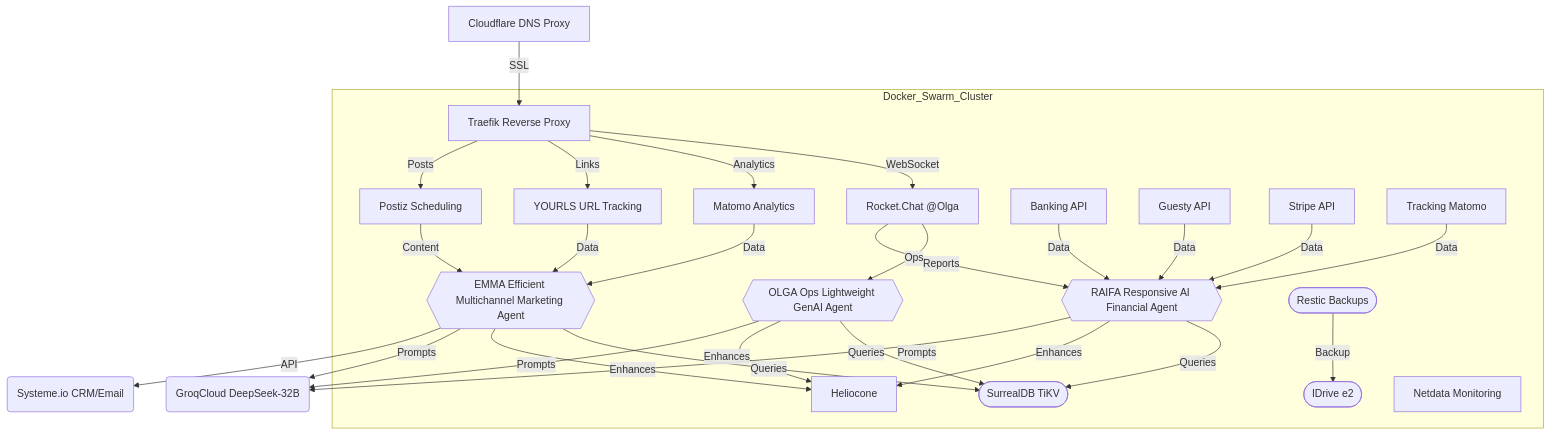
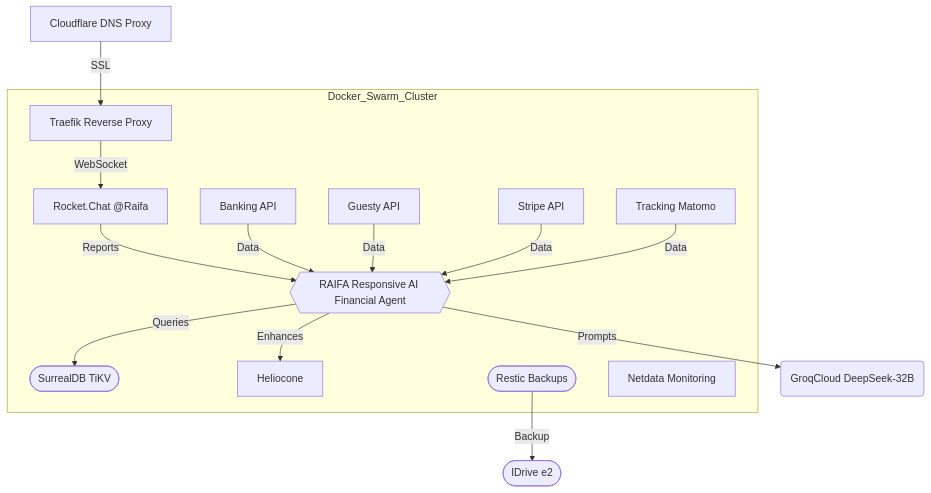
Before and after one commit to deepbrainspace/deepbrain-stack: the fourth of 4 diagrams in projects/bnb/v6-b.md, drawn with Mermaid. The commit also changed other lines of this file, not shown here.

````diff
--- a/projects/bnb/v6-b.md
+++ b/projects/bnb/v6-b.md
@@ -96,31 +93,18 @@
 ```mermaid
 flowchart TD
     U[Cloudflare DNS Proxy] -->|SSL| E[Traefik Reverse Proxy]
     subgraph Docker_Swarm_Cluster
-        E -->|WebSocket| A[Rocket.Chat @Olga]
-        A -->|Ops| B{{OLGA Ops Lightweight GenAI Agent}}
-        B -->|Queries| C([SurrealDB TiKV])
-        E -->|Analytics| G[Matomo Analytics]
-        E -->|Links| I[YOURLS URL Tracking]
-        E -->|Posts| J[Postiz Scheduling]
-        G -->|Data| H{{EMMA Efficient Multichannel Marketing Agent}}
-        I -->|Data| H
-        J -->|Content| H
-        H -->|Queries| C
+        E -->|WebSocket| A[Rocket.Chat @Raifa]
         A -->|Reports| L{{RAIFA Responsive AI Financial Agent}}
-        L -->|Queries| C
+        L -->|Queries| C([SurrealDB TiKV])
         M[Banking API] -->|Data| L
         N[Guesty API] -->|Data| L
         O[Stripe API] -->|Data| L
         P[Tracking Matomo] -->|Data| L
-        B -->|Enhances| F[Heliocone]
-        H -->|Enhances| F
-        L -->|Enhances| F
-        R([Restic Backups]) -->|Backup| Q([IDrive e2])
+        L -->|Enhances| F[Heliocone]
+        R([Restic Backups])
         S[Netdata Monitoring]
     end
-    B -->|Prompts| T(GroqCloud DeepSeek-32B)
-    H -->|Prompts| T
-    L -->|Prompts| T
-    H -->|API| V(Systeme.io CRM/Email)
+    R -->|Backup| Q([IDrive e2])
+    L -->|Prompts| T(GroqCloud DeepSeek-32B)
 ```
````
